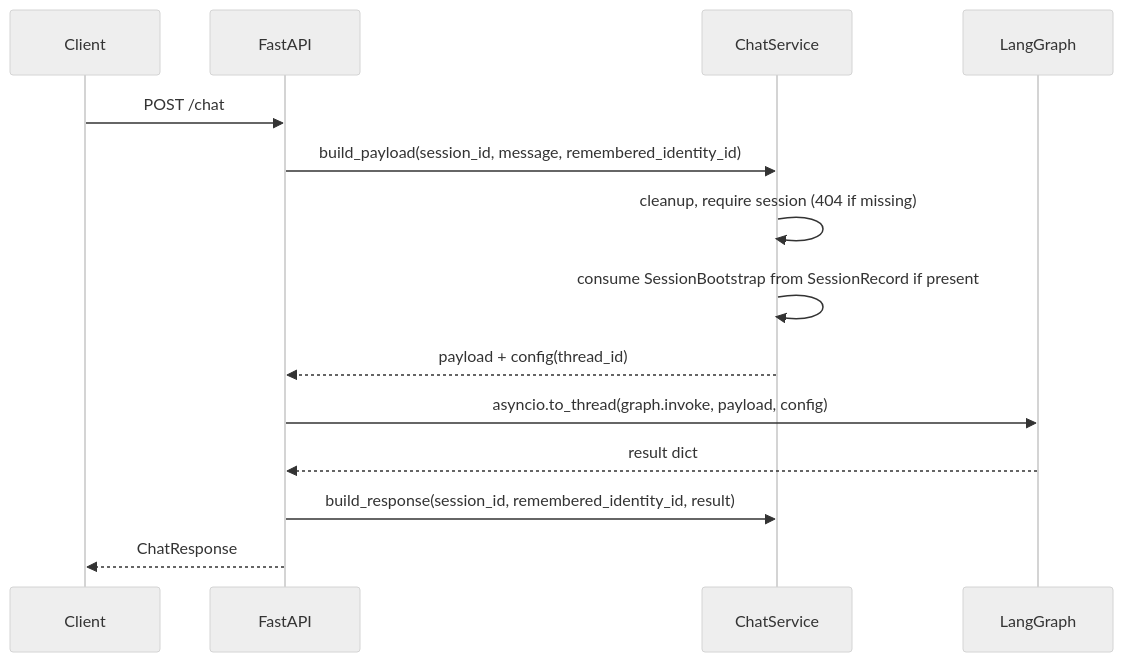
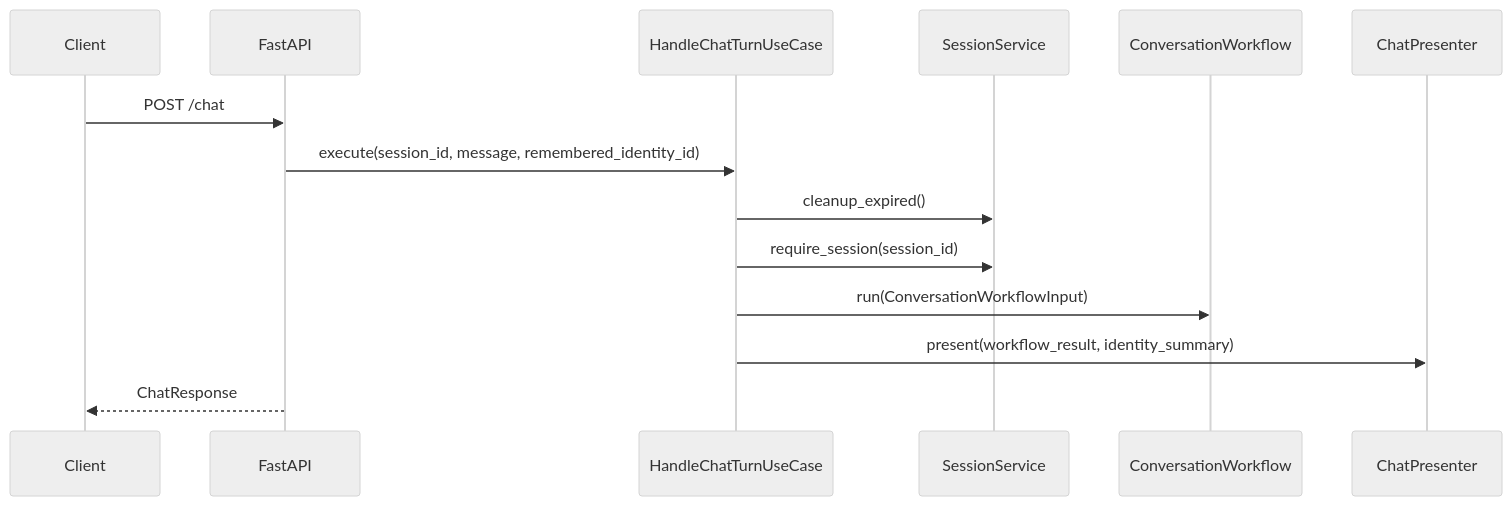
One commit to ktakanopy/appointment-bot changed the fourth of 4 diagrams in docs/architecture.md. Above: the diagram before and after it, drawn with Mermaid (neutral theme). The commit also changed other lines of this file and 85 other files, not shown here.

````diff
--- a/docs/architecture.md
+++ b/docs/architecture.md
@@ -162,17 +157,17 @@
 ```mermaid
 sequenceDiagram
-  participant C as Client
-  participant API as FastAPI
-  participant CS as ChatService
-  participant G as LangGraph
+    participant client as Client
+    participant api as FastAPI
+    participant uc as HandleChatTurnUseCase
+    participant sessionSvc as SessionService
+    participant workflow as ConversationWorkflow
+    participant presenter as ChatPresenter
 
-  C->>API: POST /chat
-  API->>CS: build_payload(session_id, message, remembered_identity_id)
-  CS->>CS: cleanup, require session (404 if missing)
-  CS->>CS: consume SessionBootstrap from SessionRecord if present
-  CS-->>API: payload + config(thread_id)
-  API->>G: asyncio.to_thread(graph.invoke, payload, config)
-  G-->>API: result dict
-  API->>CS: build_response(session_id, remembered_identity_id, result)
-  API-->>C: ChatResponse
+    client->>api: POST /chat
+    api->>uc: execute(session_id, message, remembered_identity_id)
+    uc->>sessionSvc: cleanup_expired()
+    uc->>sessionSvc: require_session(session_id)
+    uc->>workflow: run(ConversationWorkflowInput)
+    uc->>presenter: present(workflow_result, identity_summary)
+    api-->>client: ChatResponse
 ```
````
